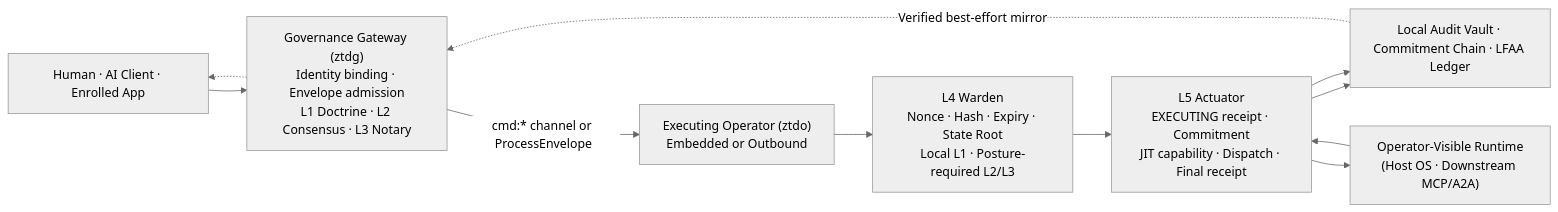
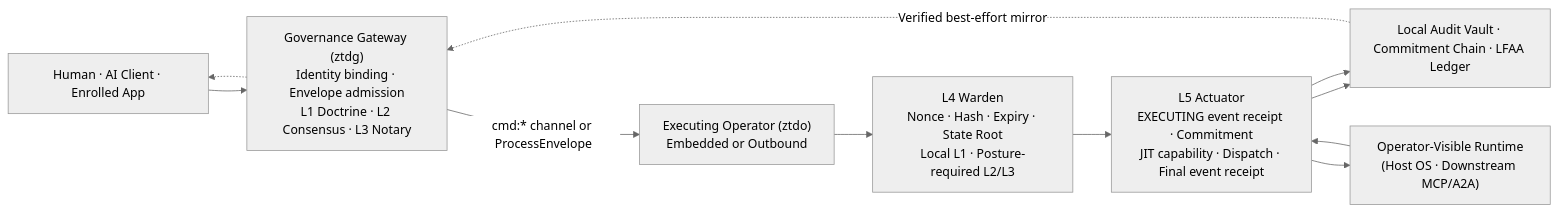
Before and after one commit to zerotrustdata/ztd: the diagram in docs/diagrams/flowchart-system-overview-lr.md, drawn with Mermaid (neutral theme). The commit also changed other lines of this file and 572 other files, not shown here.

````diff
--- a/docs/diagrams/flowchart-system-overview-lr.md
+++ b/docs/diagrams/flowchart-system-overview-lr.md
@@ -27,21 +27,21 @@
 ```mermaid
 flowchart LR
     Client["Human · AI Client · Enrolled App"]
     Gateway["Governance Gateway (ztdg)<br/>Identity binding · Envelope admission<br/>L1 Doctrine · L2 Consensus · L3 Notary"]
     Operator["Executing Operator (ztdo)<br/>Embedded or Outbound"]
     L4Warden["L4 Warden<br/>Nonce · Hash · Expiry · State Root<br/>Local L1 · Posture-required L2/L3"]
-    L5Actuator["L5 Actuator<br/>EXECUTING receipt · Commitment<br/>JIT capability · Dispatch · Final receipt"]
+    L5Actuator["L5 Actuator<br/>EXECUTING event receipt · Commitment<br/>JIT capability · Dispatch · Final event receipt"]
     Vault["Local Audit Vault · Commitment Chain · LFAA Ledger"]
     Target["Operator-Visible Runtime<br/>(Host OS · Downstream MCP/A2A)"]
 
     Client --> Gateway
     Gateway -->|"cmd:* channel or ProcessEnvelope"| Operator
     Operator --> L4Warden
     L4Warden --> L5Actuator
     L5Actuator --> Vault
     L5Actuator --> Target
     Target --> L5Actuator
     L5Actuator --> Vault
     Vault -.->|"Verified best-effort mirror"| Gateway
     Gateway -.-> Client
 ```
````
